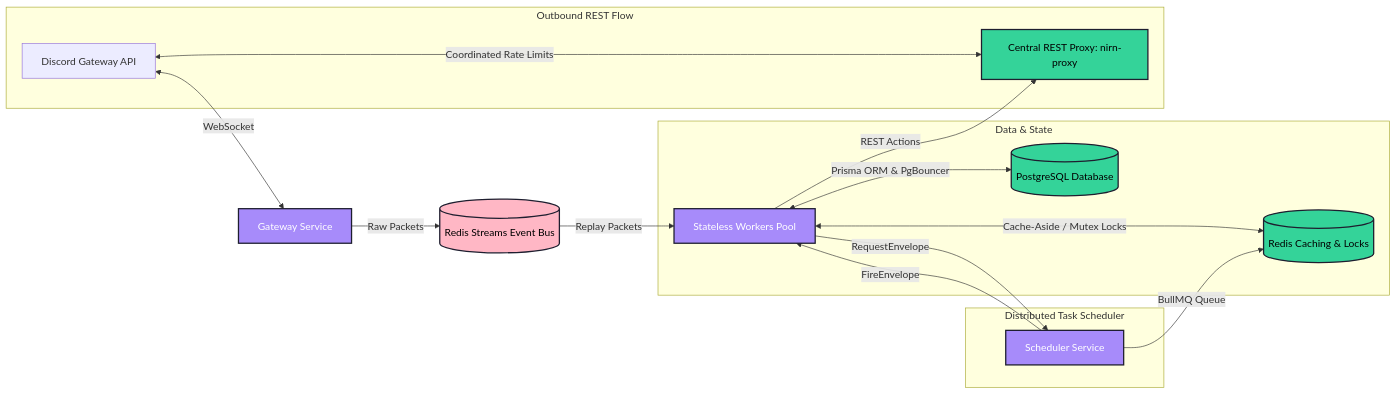
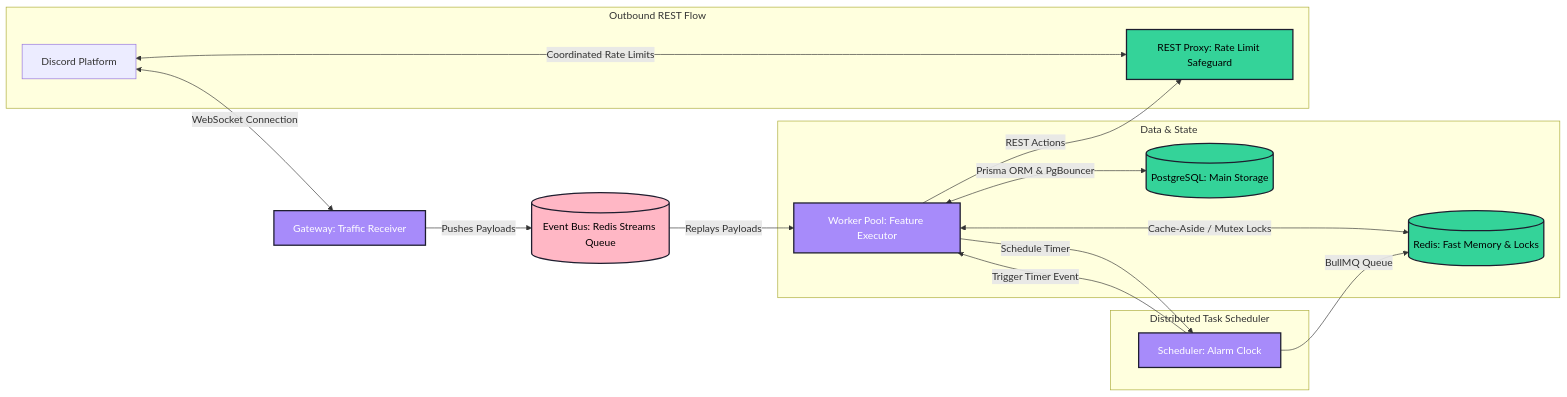
Before and after one commit to lumi-devs/Lumi: the diagram in README.md, drawn with Mermaid. The commit also changed other lines of this file and 4 other files, not shown here.

````diff
--- a/README.md
+++ b/README.md
@@ -44,35 +44,35 @@
 ```mermaid
 graph LR
     %% Column 1: Discord & Gateway
-    D[Discord Gateway API] <-->|WebSocket| G[Gateway Service]
+    D[Discord Platform] <-->|WebSocket Connection| G[Gateway: Traffic Receiver]
 
     %% Column 2: Event Transport
-    G -->|Raw Packets| EB[(Redis Streams Event Bus)]
+    G -->|Pushes Payloads| EB[(Event Bus: Redis Streams Queue)]
 
     %% Column 3: Stateless Workers
-    EB -->|Replay Packets| W[Stateless Workers Pool]
+    EB -->|Replays Payloads| W[Worker Pool: Feature Executor]
 
     %% Column 4: State, Telemetry, and Auxiliary Services
     subgraph Data & State
-        W <-->|Cache-Aside / Mutex Locks| R[(Redis Caching & Locks)]
-        W <-->|Prisma ORM & PgBouncer| DB[(PostgreSQL Database)]
+        W <-->|Cache-Aside / Mutex Locks| R[(Redis: Fast Memory & Locks)]
+        W <-->|Prisma ORM & PgBouncer| DB[(PostgreSQL: Main Storage)]
     end
 
     subgraph Distributed Task Scheduler
-        W -->|RequestEnvelope| S[Scheduler Service]
+        W -->|Schedule Timer| S[Scheduler: Alarm Clock]
         S -->|BullMQ Queue| R
-        S -->|FireEnvelope| W
+        S -->|Trigger Timer Event| W
     end
 
     subgraph Outbound REST Flow
-        W -->|REST Actions| RP[Central REST Proxy: nirn-proxy]
+        W -->|REST Actions| RP[REST Proxy: Rate Limit Safeguard]
         RP <-->|Coordinated Rate Limits| D
     end
 
     classDef services fill:#a78bfa,stroke:#1e1e2f,stroke-width:2px,color:#fff;
     classDef brokers fill:#ffb7c5,stroke:#1e1e2f,stroke-width:2px,color:#000;
     classDef dbs fill:#34d399,stroke:#1e1e2f,stroke-width:2px,color:#000;
     class G,W,S services;
     class EB brokers;
     class DB,R,RP dbs;
 ```
````
